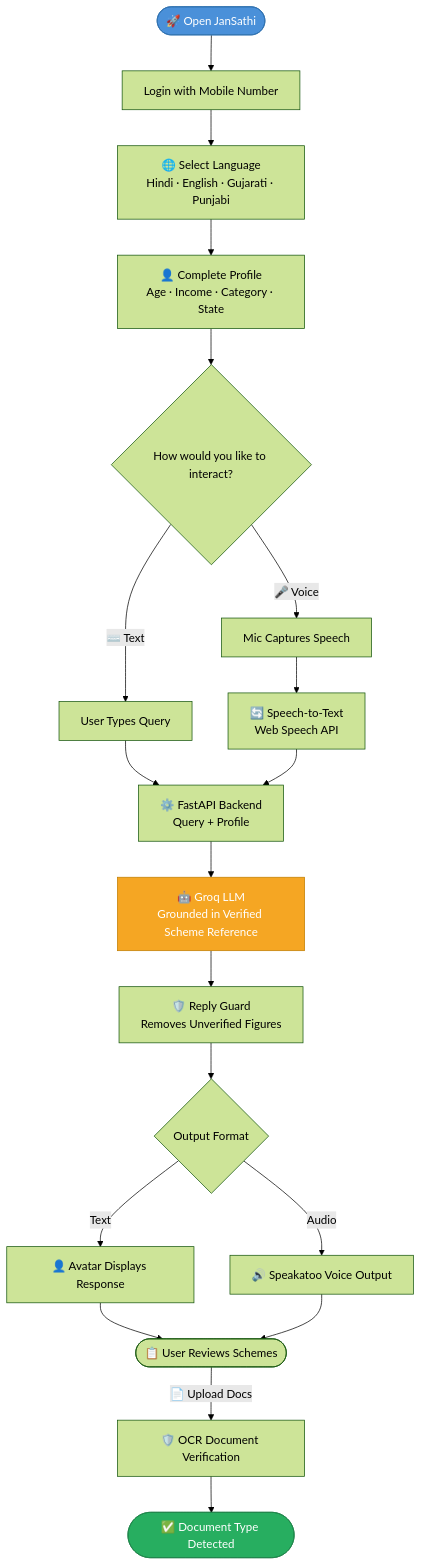
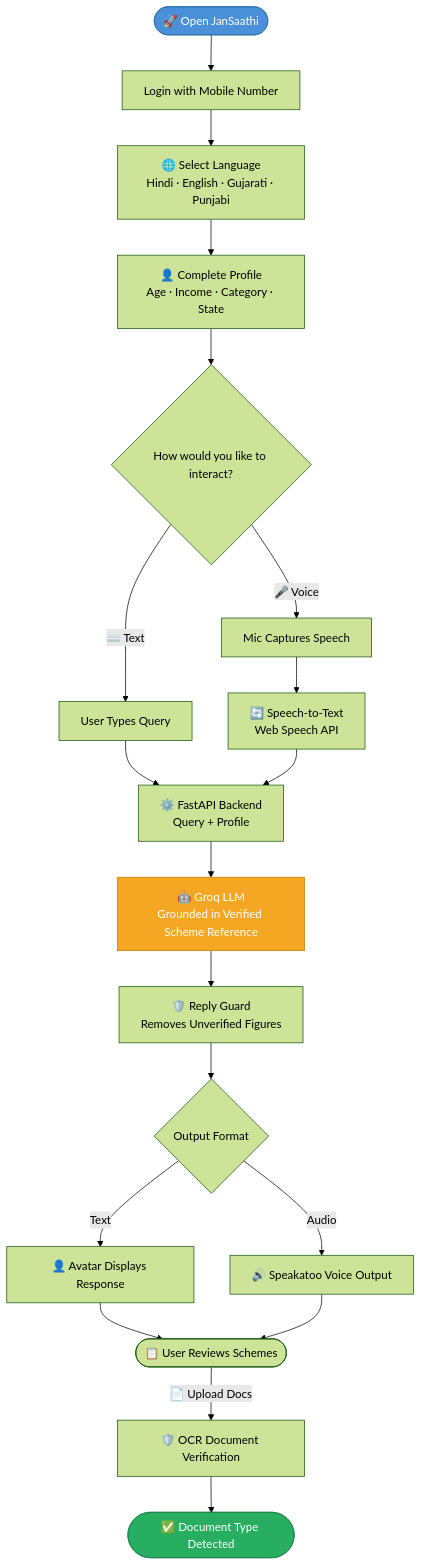
Before and after one commit to GhiyadShreya/Jansaathi: the second of 2 diagrams in README.md, drawn with Mermaid (forest theme). The commit also changed other lines of this file and 1 other file, not shown here.

Commit message:
README: use the JanSaathi spelling throughout

````diff
--- a/README.md
+++ b/README.md
@@ -127,31 +127,31 @@
 ```mermaid
 flowchart TD
-    A([🚀 Open JanSathi]) --> B[Login with Mobile Number]
+    A([🚀 Open JanSaathi]) --> B[Login with Mobile Number]
     B --> C[🌐 Select Language\nHindi · English · Gujarati · Punjabi]
     C --> D[👤 Complete Profile\nAge · Income · Category · State]
     D --> E{How would you like to interact?}
 
     E -->|🎤 Voice| F[Mic Captures Speech]
     E -->|⌨️ Text| G[User Types Query]
 
     F --> H[🔄 Speech-to-Text\nWeb Speech API]
     G --> I
     H --> I[⚙️ FastAPI Backend\nQuery + Profile]
 
     I --> J[🤖 Groq LLM\nGrounded in Verified Scheme Reference]
     J --> K[🛡️ Reply Guard\nRemoves Unverified Figures]
 
     K --> L{Output Format}
     L -->|Text| M[👤 Avatar Displays Response]
     L -->|Audio| N[🔊 Speakatoo Voice Output]
 
     M --> O([📋 User Reviews Schemes])
     N --> O
 
     O -->|📄 Upload Docs| P[🛡️ OCR Document Verification]
     P --> Q([✅ Document Type Detected])
 
     style A fill:#4A90D9,color:#fff,stroke:#2c6fad
     style J fill:#F5A623,color:#fff,stroke:#c07d00
     style Q fill:#27AE60,color:#fff,stroke:#1e8449
 ```
````
